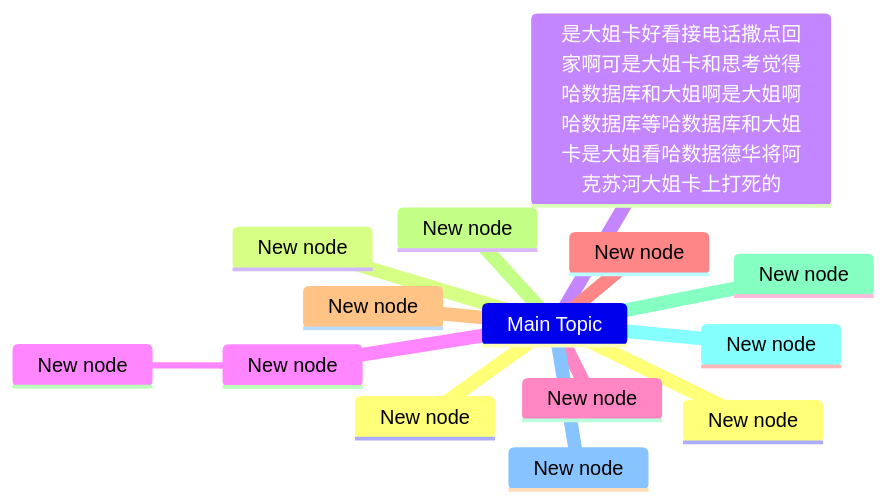
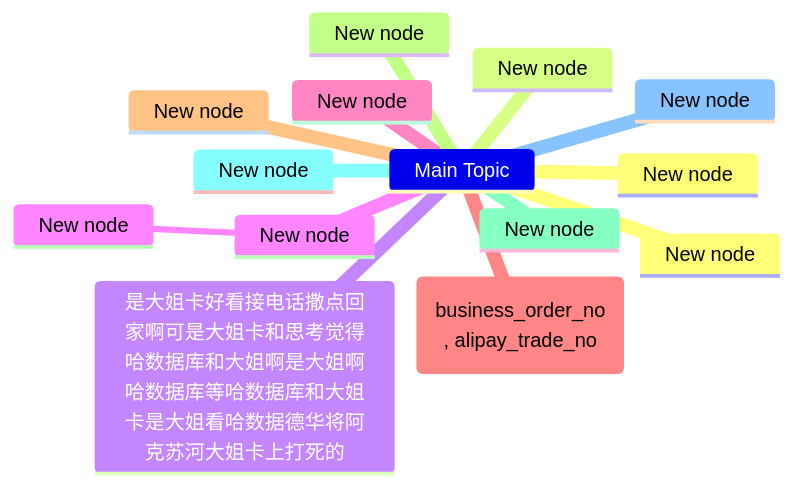
One commit to pingpm/mermaid_vault changed the diagram in mmd/123_72901668-cf46-4cd8-a626-2ddf0cd6d1a0.mmd. Above: the diagram before and after it, drawn with Mermaid. The commit also changed 4 other files, not shown here.

Commit message:
Sync Mermaid Studio data (8 diagrams)

```diff
--- a/mmd/123_72901668-cf46-4cd8-a626-2ddf0cd6d1a0.mmd
+++ b/mmd/123_72901668-cf46-4cd8-a626-2ddf0cd6d1a0.mmd
@@ -1,15 +1,16 @@
 mindmap
   Main Topic
     New node
     New node
     是大姐卡好看接电话撒点回家啊可是大姐卡和思考觉得哈数据库和大姐啊是大姐啊哈数据库等哈数据库和大姐卡是大姐看哈数据德华将阿克苏河大姐卡上打死的
     New node
       New node
     New node
+    (business_order_no
+, alipay_trade_no)
     New node
     New node
     New node
     New node
     New node
     New node
-    New node
```
